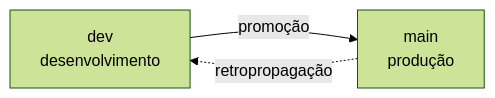
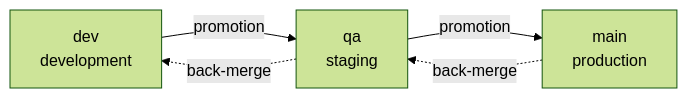
Before and after one commit to viralabs-dev/brabo-api: the diagram in test/fixtures/golden-set-rag/corpus/docs/explanation/branching-policy.md, drawn with Mermaid (forest theme). The commit also changed other lines of this file and 24 other files, not shown here.

````diff
--- a/test/fixtures/golden-set-rag/corpus/docs/explanation/branching-policy.md
+++ b/test/fixtures/golden-set-rag/corpus/docs/explanation/branching-policy.md
@@ -40,5 +40,7 @@
 ```mermaid
 flowchart LR
-  D[dev<br/>desenvolvimento] -->|promoção| M[main<br/>produção]
-  M -.->|retropropagação| D
+  D[dev<br/>development] -->|promotion| Q[qa<br/>staging]
+  Q -->|promotion| M[main<br/>production]
+  M -.->|back-merge| Q
+  Q -.->|back-merge| D
 ```
````
